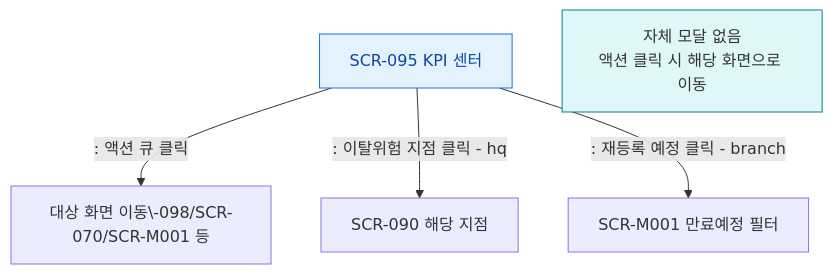
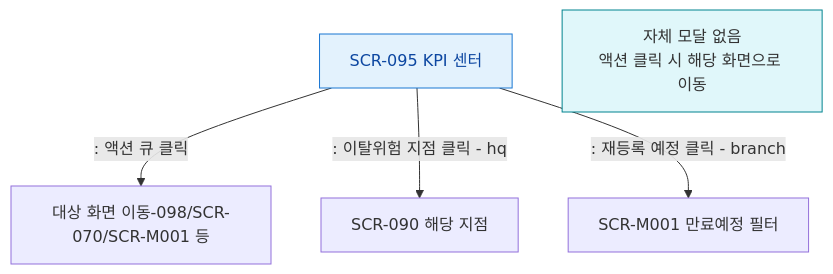
The diagram in docs/admin/다이어그램/D10_본사관리/SCR-095_KPI프리뷰보드/F5_모달트리거.md (dev-spogym/admin-pando), drawn with Mermaid before and after one commit. The commit also changed 369 other files, not shown here.

````diff
--- a/docs/admin/다이어그램/D10_본사관리/SCR-095_KPI프리뷰보드/F5_모달트리거.md
+++ b/docs/admin/다이어그램/D10_본사관리/SCR-095_KPI프리뷰보드/F5_모달트리거.md
@@ -12,15 +12,15 @@
 ```mermaid
 flowchart TD
   SCR_095[SCR-095 KPI 센터]
   Note[자체 모달 없음\n액션 클릭 시 해당 화면으로 이동]
 
-  SCR_095 -->|": 액션 큐 클릭"|NavTarget[대상 화면 이동\-098/SCR-070/SCR-M001 등]
+  SCR_095 -->|": 액션 큐 클릭"|NavTarget[대상 화면 이동-098/SCR-070/SCR-M001 등]
   SCR_095 -->|": 이탈위험 지점 클릭 - hq"|NavBranch[SCR-090 해당 지점]
   SCR_095 -->|": 재등록 예정 클릭 - branch"|NavMembers[SCR-M001 만료예정 필터]
 
   classDef screen fill:#E3F2FD,stroke:#1976D2,color:#0D47A1
   classDef info fill:#E0F7FA,stroke:#00838F
 
   class SCR_095 screen
   class Note info
 ```
````
